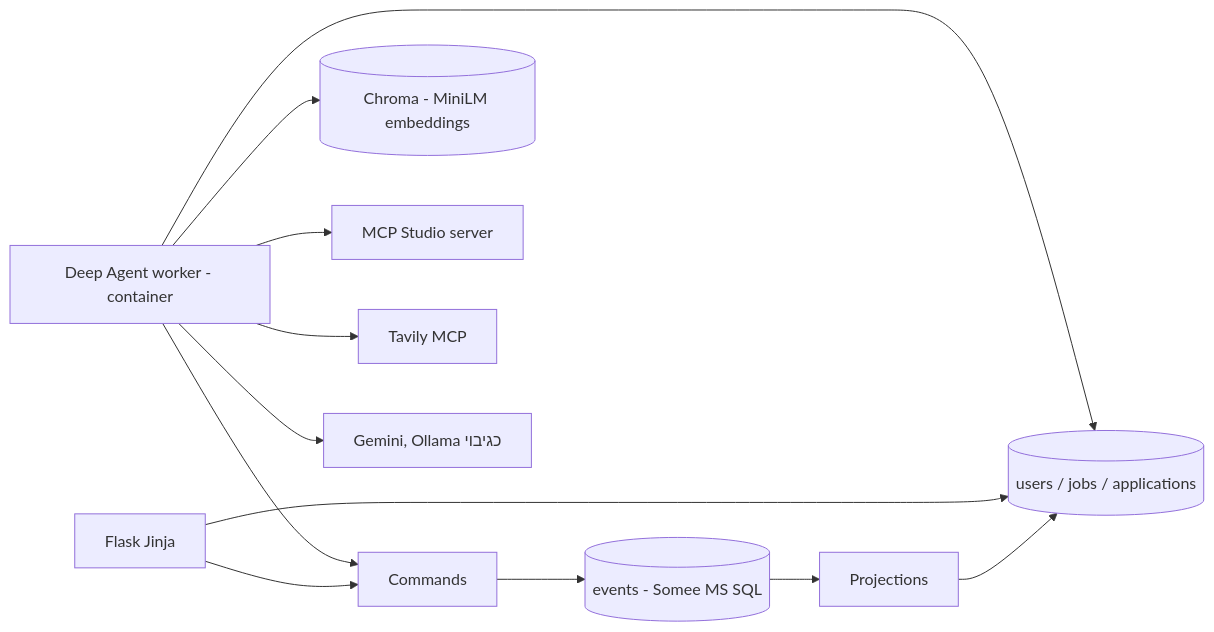
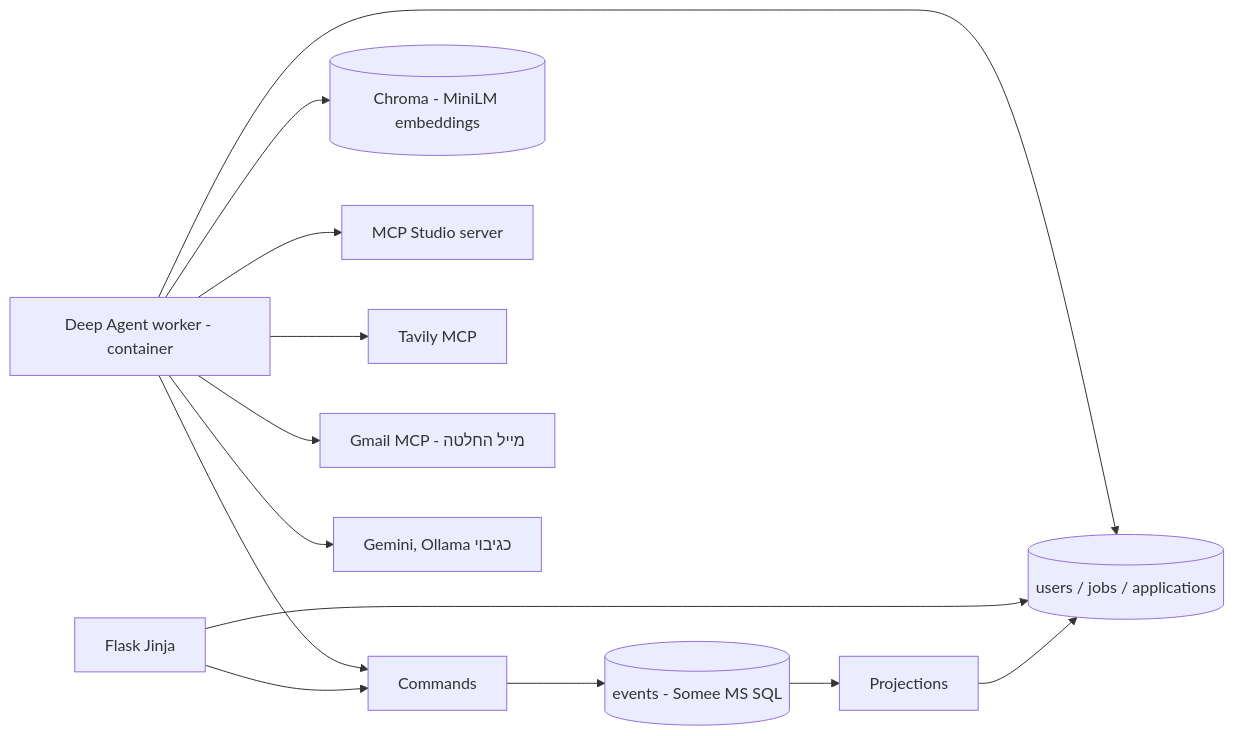
One commit to chanamerzel/AIproject changed the diagram in README.md. Above: the diagram before and after it, drawn with Mermaid. The commit also changed other lines of this file and 27 other files, not shown here.

Commit message:
Add demo script and Gmail MCP wiring (email skipped until Google auth)

````diff
--- a/README.md
+++ b/README.md
@@ -9,14 +9,15 @@
 ```mermaid
 flowchart LR
   UI[Flask Jinja] --> CMD[Commands]
   CMD --> ES[(events - Somee MS SQL)]
   ES --> PR[Projections]
   PR --> Q[(users / jobs / applications)]
   UI --> Q
   W[Deep Agent worker - container] --> Q
   W --> CMD
   W --> CH[(Chroma - MiniLM embeddings)]
   W --> MCP[MCP Studio server]
   W --> TV[Tavily MCP]
+  W --> GM[Gmail MCP - מייל החלטה]
   W --> LLM[Gemini, Ollama כגיבוי]
 ```
````
